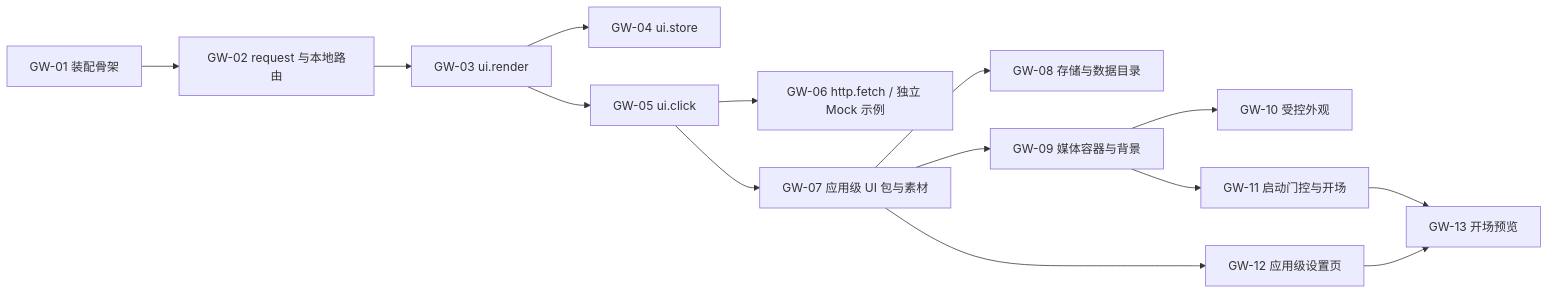
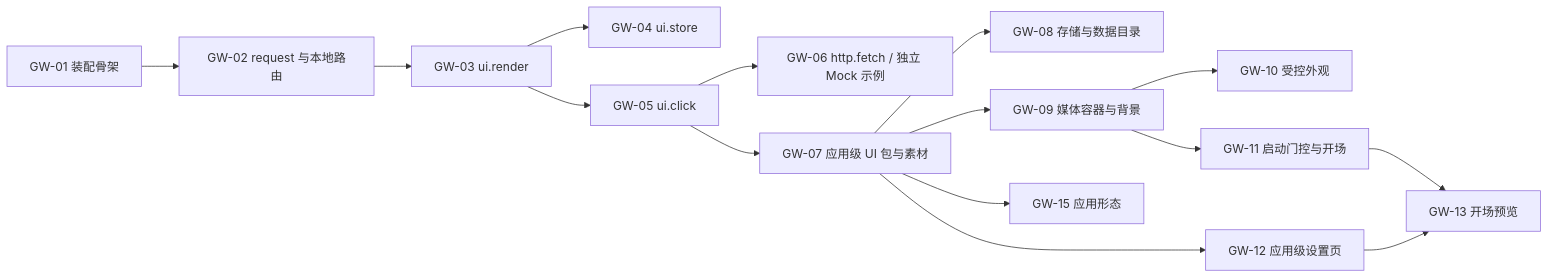
Before and after one commit to openJiuwen-ai/jiuwenswarm: the diagram in jiuwenswarm/gateway/extensions_v2/docs/designs/extensions-v2-development-plan.md, drawn with Mermaid. The commit also changed other lines of this file and 67 other files, not shown here.

````diff
--- a/jiuwenswarm/gateway/extensions_v2/docs/designs/extensions-v2-development-plan.md
+++ b/jiuwenswarm/gateway/extensions_v2/docs/designs/extensions-v2-development-plan.md
@@ -40,16 +41,17 @@
 ```mermaid
 flowchart LR
     G1["GW-01 装配骨架"] --> G2["GW-02 request 与本地路由"]
     G2 --> G3["GW-03 ui.render"]
     G3 --> G4["GW-04 ui.store"]
     G3 --> G5["GW-05 ui.click"]
     G5 --> G6["GW-06 http.fetch / 独立 Mock 示例"]
     G5 --> G7["GW-07 应用级 UI 包与素材"]
     G7 --> G8["GW-08 存储与数据目录"]
     G7 --> G9["GW-09 媒体容器与背景"]
     G9 --> G10["GW-10 受控外观"]
     G9 --> G11["GW-11 启动门控与开场"]
     G7 --> G12["GW-12 应用级设置页"]
     G11 --> G13["GW-13 开场预览"]
     G12 --> G13
+    G7 --> G15["GW-15 应用形态"]
 ```
````
